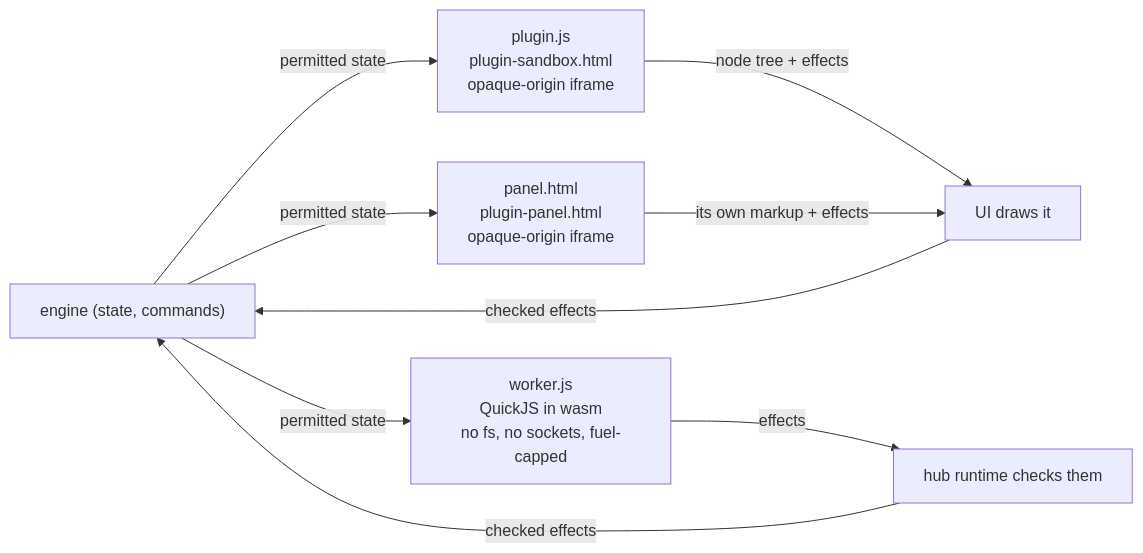
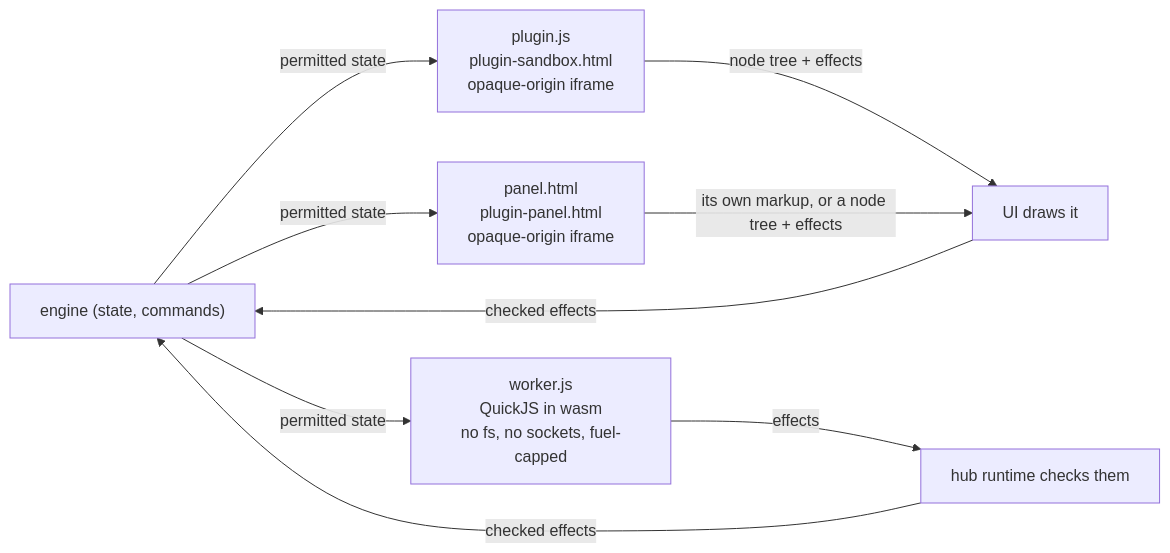
The fifth of 5 diagrams in docs/architecture.md (oliverbravery/PrintGuard), drawn with Mermaid before and after one commit. The commit also changed other lines of this file and 23 other files, not shown here.

Commit message:
Draw plugin panels as rows under the fleet, with an item node any plugin can use

````diff
--- a/docs/architecture.md
+++ b/docs/architecture.md
@@ -707,9 +707,9 @@
 ```mermaid
 flowchart LR
     engine["engine (state, commands)"] -- "permitted state" --> panel & page & worker
     panel["plugin.js<br/>plugin-sandbox.html<br/>opaque-origin iframe"] -- "node tree + effects" --> ui["UI draws it"]
-    page["panel.html<br/>plugin-panel.html<br/>opaque-origin iframe"] -- "its own markup + effects" --> ui
+    page["panel.html<br/>plugin-panel.html<br/>opaque-origin iframe"] -- "its own markup, or a node tree + effects" --> ui
     worker["worker.js<br/>QuickJS in wasm<br/>no fs, no sockets, fuel-capped"] -- "effects" --> runtime["hub runtime checks them"]
     runtime -- "checked effects" --> engine
     ui -- "checked effects" --> engine
 ```
````
